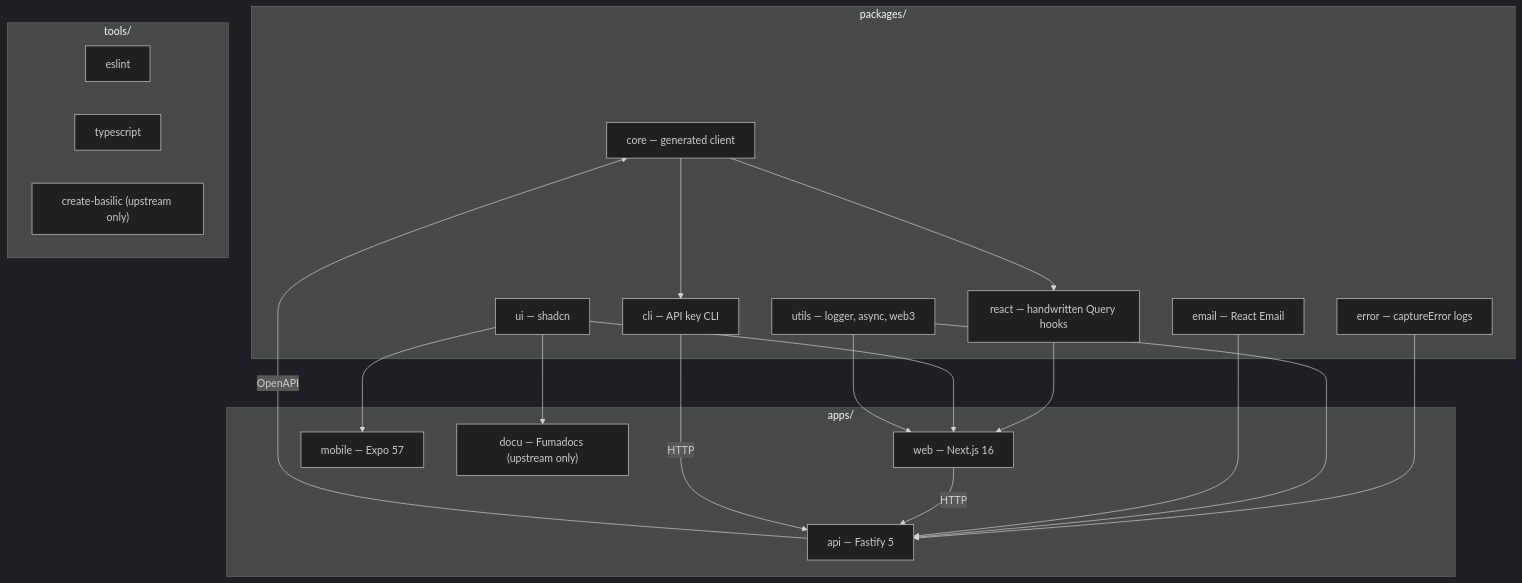
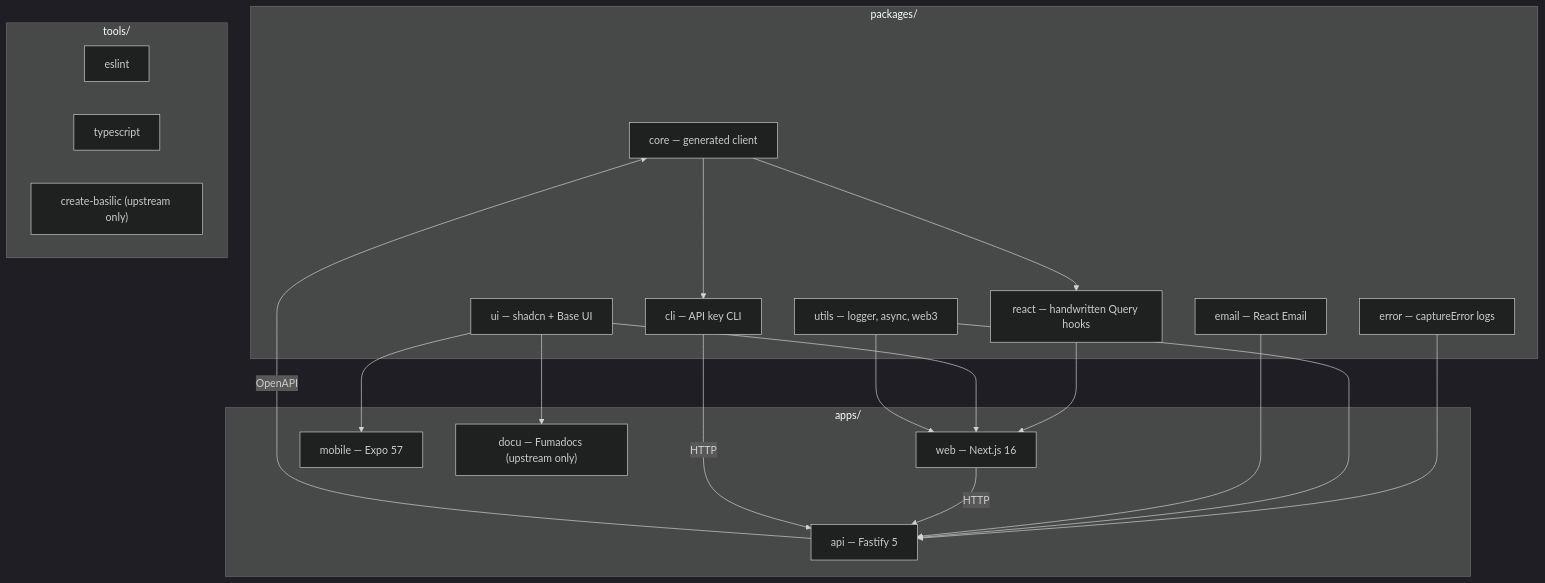
One commit to blockmatic/basilic changed the diagram in apps/docu/content/docs/architecture/monorepo.mdx. Above: the diagram before and after it, drawn with Mermaid (dark theme). The commit also changed 5 other files, not shown here.

````diff
--- a/apps/docu/content/docs/architecture/monorepo.mdx
+++ b/apps/docu/content/docs/architecture/monorepo.mdx
@@ -8,39 +8,39 @@
 ```mermaid
 flowchart TB
   subgraph Packages["packages/"]
     Core["core — generated client"]
     React["react — handwritten Query hooks"]
-    UI["ui — shadcn"]
+    UI["ui — shadcn + Base UI"]
     Error["error — captureError logs"]
     Utils["utils — logger, async, web3"]
     Email["email — React Email"]
     Cli["cli — API key CLI"]
   end
 
   subgraph Apps["apps/"]
     API["api — Fastify 5"]
     Web["web — Next.js 16"]
     Mobile["mobile — Expo 57"]
     Docu["docu — Fumadocs (upstream only)"]
   end
 
   subgraph Tools["tools/"]
     Eslint["eslint"]
     Ts["typescript"]
     Create["create-basilic (upstream only)"]
   end
 
   API -->|OpenAPI| Core
   Core --> React
   Core --> Cli
   React --> Web
   UI --> Web
   UI --> Mobile
   UI --> Docu
   Error --> API
   Utils --> API
   Utils --> Web
   Email --> API
   Web -->|HTTP| API
   Cli -->|HTTP| API
 ```
````
